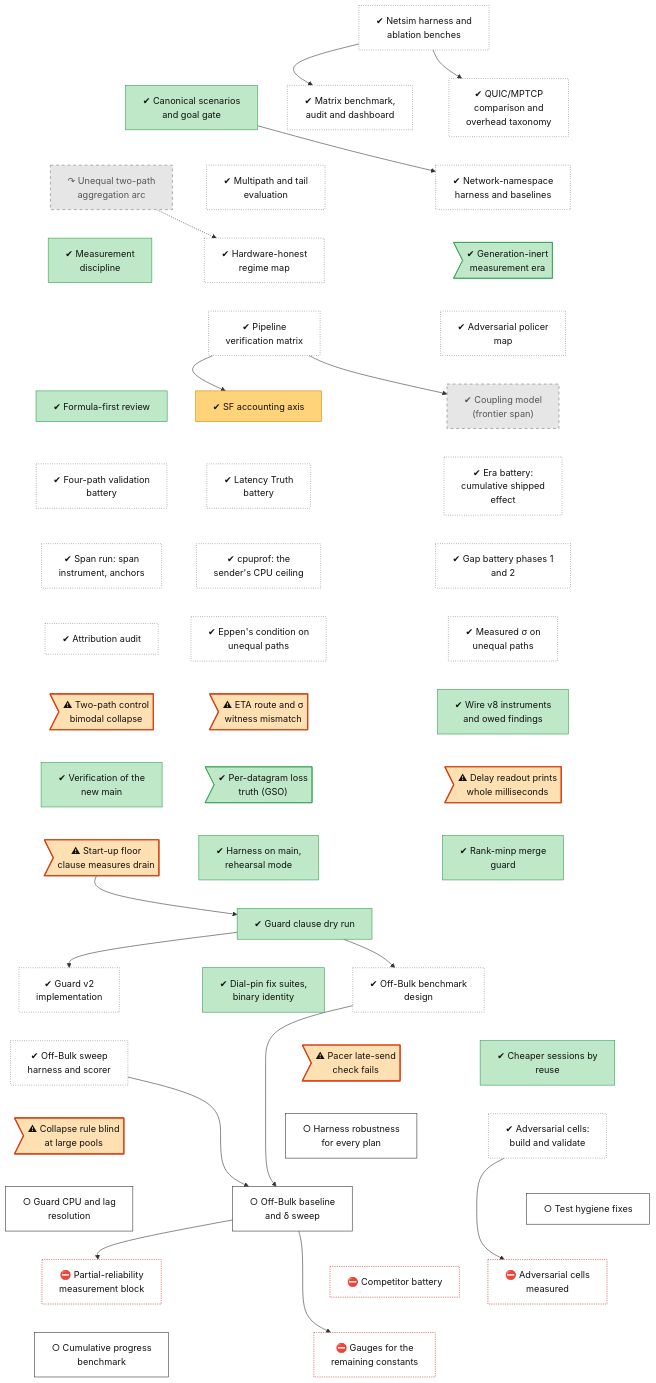
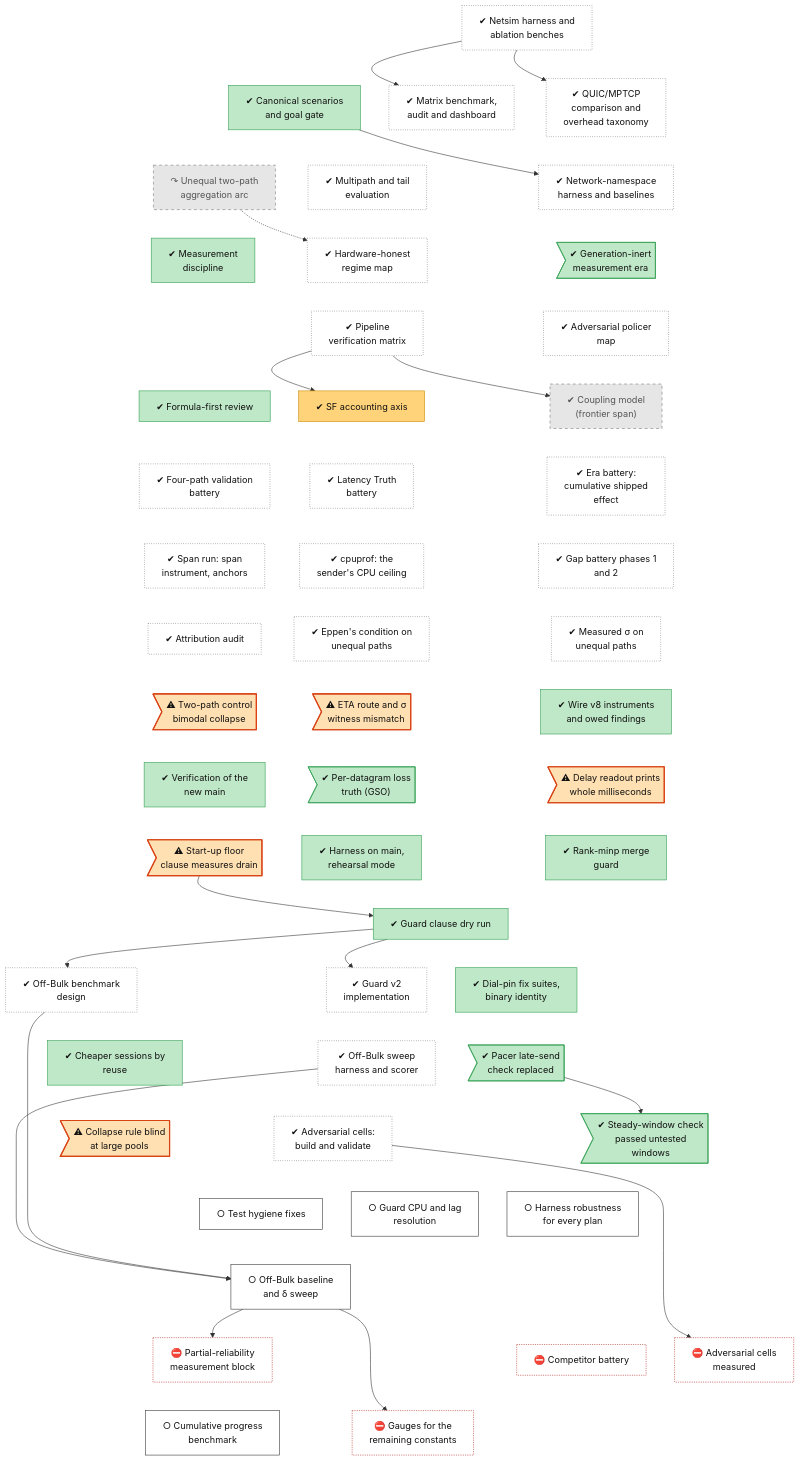
Before and after one commit to lhns/raptorpath: the diagram in docs/roadmap/tracks/meas.md, drawn with Mermaid. The commit also changed other lines of this file and 6 other files, not shown here.

First line of the commit message:
wip: §51 Amendments 4-5 and roadmap (test lines pending)

````diff
--- a/docs/roadmap/tracks/meas.md
+++ b/docs/roadmap/tracks/meas.md
@@ -48,7 +48,8 @@
     meas_s58_session["✔ Dial-pin fix suites,<br/>binary identity"]
     meas_s51_harness["✔ Off-Bulk sweep<br/>harness and scorer"]
     meas_harness_reuse["✔ Cheaper sessions by<br/>reuse"]
-    meas_blocke_pacing_gate>"⚠ Pacer late-send<br/>check fails"]
+    meas_blocke_pacing_gate>"✔ Pacer late-send<br/>check replaced"]
+    meas_blocke_steady_rule>"✔ Steady-window check<br/>passed untested<br/>windows"]
     meas_defect_cr61_large_pool>"⚠ Collapse rule blind<br/>at large pools"]
     meas_adversarial_cells_build["✔ Adversarial cells:<br/>build and validate"]
     meas_harness_robustness["○ Harness robustness<br/>for every plan"]
@@ -102,14 +103,17 @@
     meas_guard_v2_impl ~~~ meas_s51_harness
     meas_s51_design ~~~ meas_harness_reuse
     meas_s58_session ~~~ meas_blocke_pacing_gate
-    meas_s51_harness ~~~ meas_defect_cr61_large_pool
-    meas_harness_reuse ~~~ meas_adversarial_cells_build
-    meas_blocke_pacing_gate ~~~ meas_harness_robustness
+    meas_s51_harness ~~~ meas_blocke_steady_rule
+    meas_harness_reuse ~~~ meas_defect_cr61_large_pool
+    meas_blocke_pacing_gate ~~~ meas_adversarial_cells_build
+    meas_blocke_steady_rule ~~~ meas_harness_robustness
     meas_defect_cr61_large_pool ~~~ meas_guard_resolution
     meas_adversarial_cells_build ~~~ meas_test_hygiene
     meas_harness_robustness ~~~ meas_s51_session
-    meas_guard_resolution ~~~ meas_s51b_rho
-    meas_test_hygiene ~~~ meas_adversarial_cells_run
+    meas_guard_resolution ~~~ meas_s51_session
+    meas_test_hygiene ~~~ meas_s51_session
+    meas_s51_session ~~~ meas_s51b_rho
+    meas_s51_session ~~~ meas_adversarial_cells_run
     meas_s51_session ~~~ meas_competitor_battery
     meas_s51b_rho ~~~ meas_progress_baseline
     meas_adversarial_cells_run ~~~ meas_fix_gauges_p3
@@ -123,6 +127,7 @@
     meas_defect_rtp_floor --> meas_guard_clause_dry
     meas_guard_clause_dry --> meas_guard_v2_impl
     meas_guard_clause_dry --> meas_s51_design
+    meas_blocke_pacing_gate --> meas_blocke_steady_rule
     meas_s51_design --> meas_s51_session
     meas_s51_harness --> meas_s51_session
     meas_s51_session --> meas_s51b_rho
@@ -142,10 +147,10 @@
     classDef defect fill:#ffe0b2,stroke:#d84315,stroke-width:2px,color:#111
     classDef waiting fill:#e3f2fd,stroke:#1f6fc5,stroke-dasharray:5 5,color:#111
     class meas_l0_sim_bench,meas_transport_comparison,meas_matrix_bench,meas_l1_harness,meas_l2_multipath,meas_regime_map,meas_adversarial_b1,meas_pipeline_verification,meas_goal_0819,meas_latency_truth,meas_c9_battery,meas_gap_phases,meas_cpuprof,meas_span_run,meas_sigma_c8,meas_eppen_c8,meas_attribution_audit,meas_guard_v2_impl,meas_s51_design,meas_s51_harness,meas_adversarial_cells_build unrated
-    class meas_adr51_scenarios,meas_gen_inert_era,meas_adr52_discipline,meas_formula_first,meas_wire_v8,meas_gso_truth,meas_v4_verification,meas_guard_41c,meas_harness_consolidation,meas_guard_clause_dry,meas_s58_session,meas_harness_reuse succ
+    class meas_adr51_scenarios,meas_gen_inert_era,meas_adr52_discipline,meas_formula_first,meas_wire_v8,meas_gso_truth,meas_v4_verification,meas_guard_41c,meas_harness_consolidation,meas_guard_clause_dry,meas_s58_session,meas_harness_reuse,meas_blocke_pacing_gate,meas_blocke_steady_rule succ
     class meas_c8_aggregation_arc,meas_coupling_model dead
     class meas_sf_accounting mixed
-    class meas_defect_eta_witness,meas_defect_c8_bimodal,meas_defect_diag_rtp_ms,meas_defect_rtp_floor,meas_blocke_pacing_gate,meas_defect_cr61_large_pool defect
+    class meas_defect_eta_witness,meas_defect_c8_bimodal,meas_defect_diag_rtp_ms,meas_defect_rtp_floor,meas_defect_cr61_large_pool defect
     class meas_harness_robustness,meas_guard_resolution,meas_test_hygiene,meas_s51_session,meas_progress_baseline next
     class meas_s51b_rho,meas_adversarial_cells_run,meas_competitor_battery,meas_fix_gauges_p3 blocked
 ```
````
